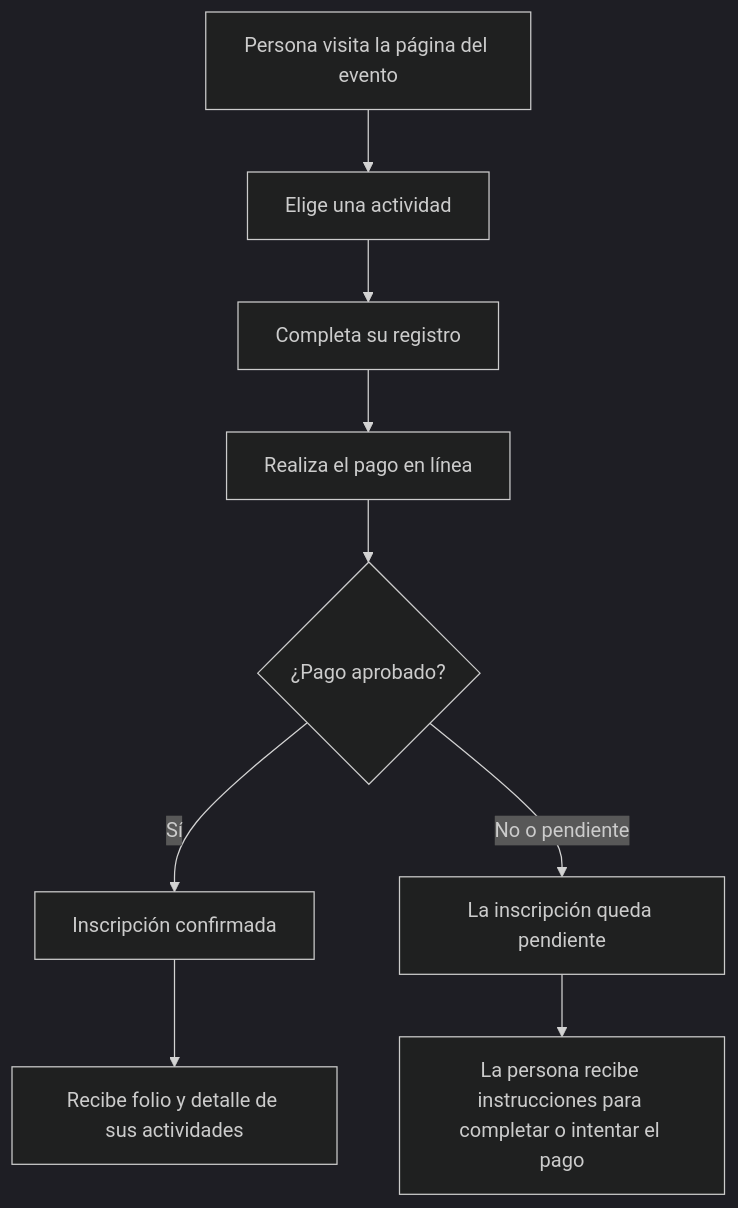
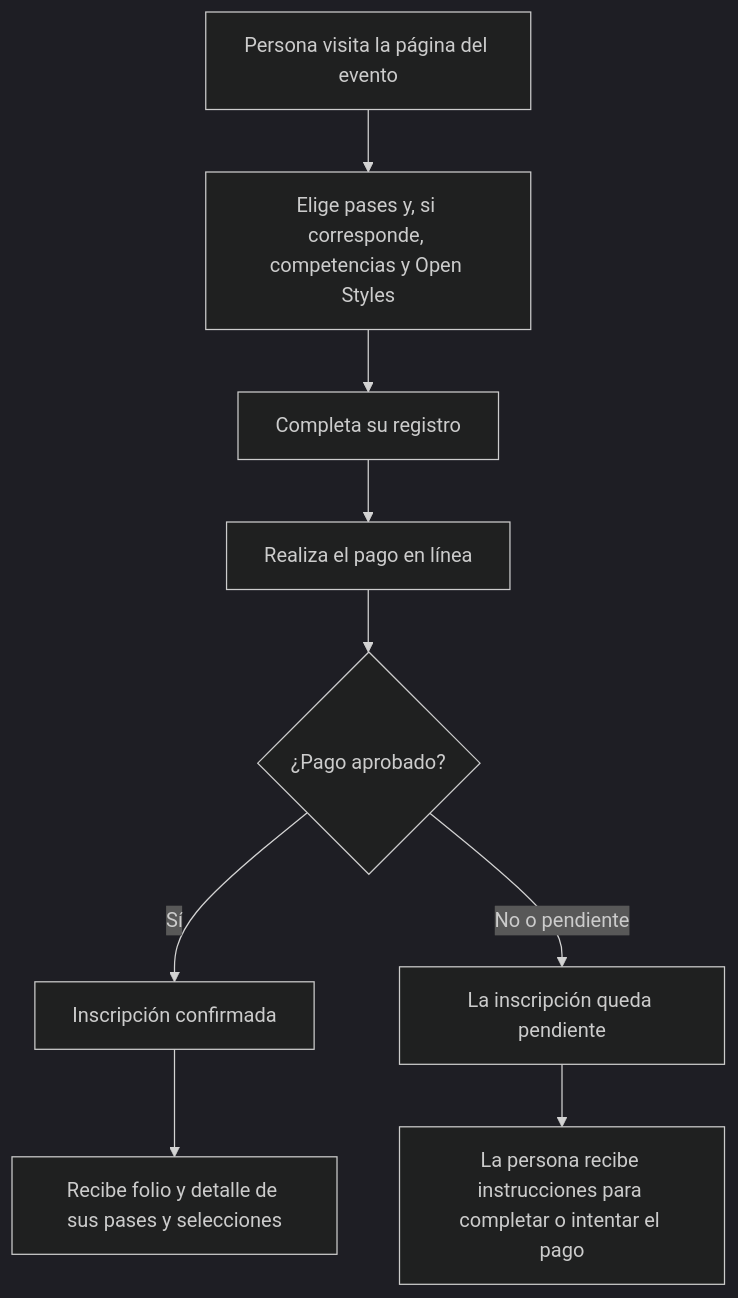
The first of 4 diagrams in docs/product/november-2026-mvp-proposal.md (KevinBarrera/nuestro-breaking), drawn with Mermaid (dark theme) before and after one commit. The commit also changed other lines of this file and 1 other file, not shown here.

````diff
--- a/docs/product/november-2026-mvp-proposal.md
+++ b/docs/product/november-2026-mvp-proposal.md
@@ -19,11 +19,11 @@
 ```mermaid
 flowchart TD
-    A[Persona visita la página del evento] --> B[Elige una actividad]
+    A[Persona visita la página del evento] --> B[Elige pases y, si corresponde, competencias y Open Styles]
     B --> C[Completa su registro]
     C --> D[Realiza el pago en línea]
     D --> E{¿Pago aprobado?}
     E -->|Sí| F[Inscripción confirmada]
-    F --> G[Recibe folio y detalle de sus actividades]
+    F --> G[Recibe folio y detalle de sus pases y selecciones]
     E -->|No o pendiente| H[La inscripción queda pendiente]
     H --> I[La persona recibe instrucciones para completar o intentar el pago]
 ```
````
